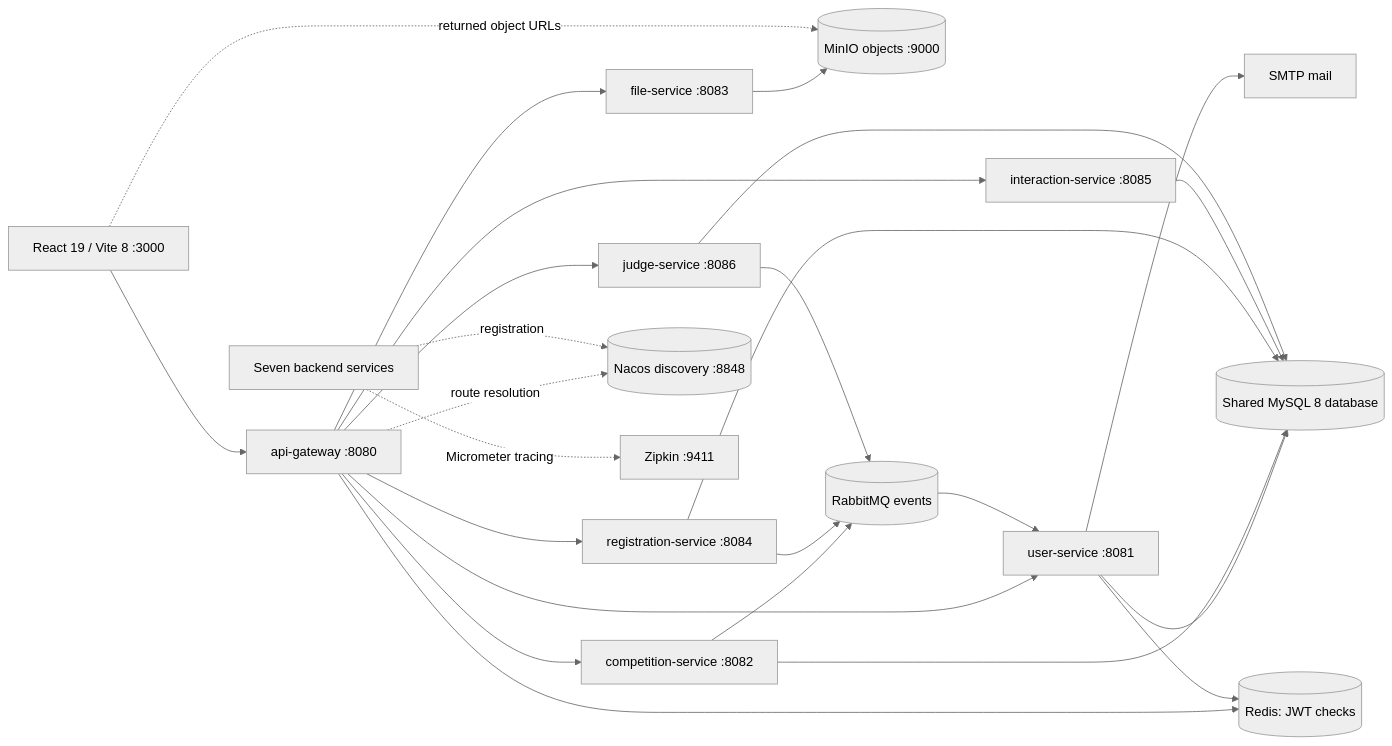
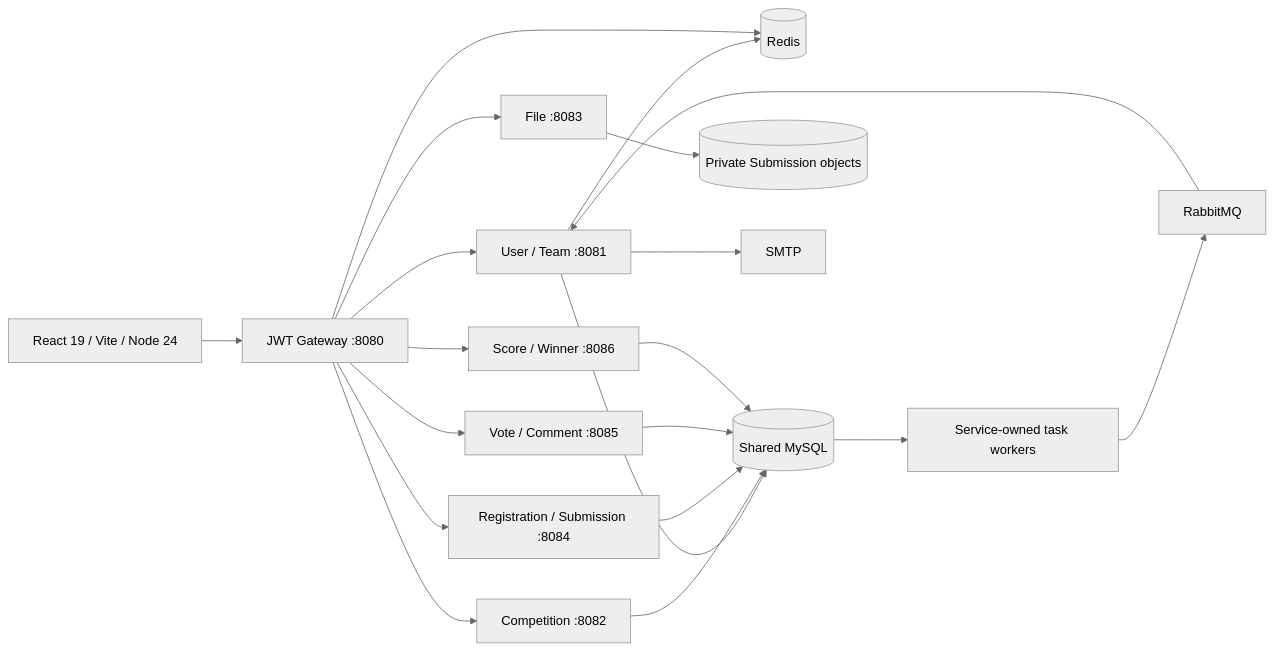
The first of 2 diagrams in docs/CODEMAPS/architecture.md (ShousenZHANG/project-contest-platform), drawn with Mermaid (neutral theme) before and after one commit. The commit also changed other lines of this file and 350 other files, not shown here.

````diff
--- a/docs/CODEMAPS/architecture.md
+++ b/docs/CODEMAPS/architecture.md
@@ -9,27 +9,22 @@
 ```mermaid
 flowchart LR
-  Browser["React 19 / Vite 8 :3000"] --> Gateway["api-gateway :8080"]
-  Gateway --> User["user-service :8081"]
-  Gateway --> Competition["competition-service :8082"]
-  Gateway --> File["file-service :8083"]
-  Gateway --> Registration["registration-service :8084"]
-  Gateway --> Interaction["interaction-service :8085"]
-  Gateway --> Judge["judge-service :8086"]
-  User --> DB[("Shared MySQL 8 database")]
-  Competition --> DB
-  Registration --> DB
-  Interaction --> DB
-  Judge --> DB
-  Gateway --> Redis[("Redis: JWT checks")]
-  User --> Redis
-  File --> MinIO[("MinIO objects :9000")]
-  Browser -. "returned object URLs" .-> MinIO
-  Competition --> MQ[("RabbitMQ events")]
-  Registration --> MQ
-  Judge --> MQ
-  MQ --> User
-  User --> SMTP["SMTP mail"]
-  Gateway -. "route resolution" .-> Nacos[("Nacos discovery :8848")]
-  Services["Seven backend services"] -. "registration" .-> Nacos
-  Services -. "Micrometer tracing" .-> Zipkin["Zipkin :9411"]
+    Browser[React 19 / Vite / Node 24] --> Gateway[JWT Gateway :8080]
+    Gateway --> User[User / Team :8081]
+    Gateway --> Competition[Competition :8082]
+    Gateway --> File[File :8083]
+    Gateway --> Registration[Registration / Submission :8084]
+    Gateway --> Interaction[Vote / Comment :8085]
+    Gateway --> Judge[Score / Winner :8086]
+    User --> Redis[(Redis)]
+    Gateway --> Redis
+    User --> DB[(Shared MySQL)]
+    Competition --> DB
+    Registration --> DB
+    Interaction --> DB
+    Judge --> DB
+    File --> ObjectStore[(Private Submission objects)]
+    DB --> Tasks[Service-owned task workers]
+    Tasks --> Rabbit[RabbitMQ]
+    Rabbit --> User
+    User --> Mail[SMTP]
 ```
````
